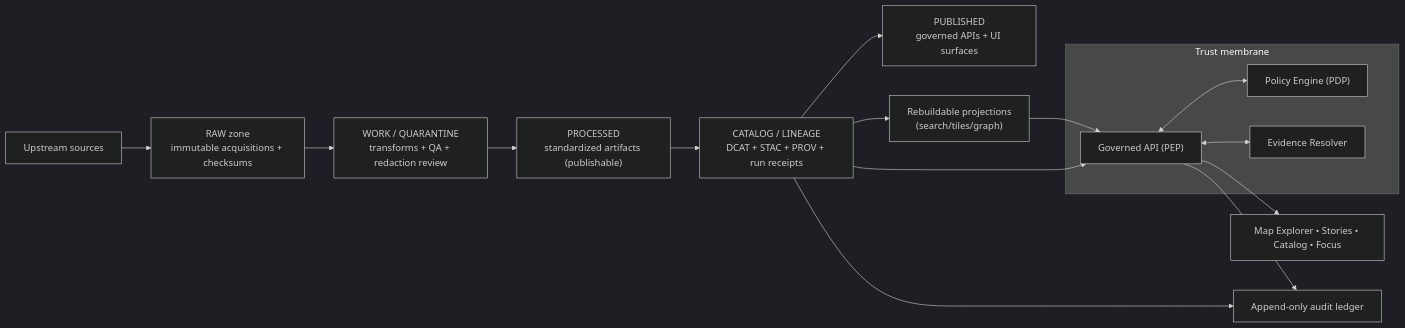
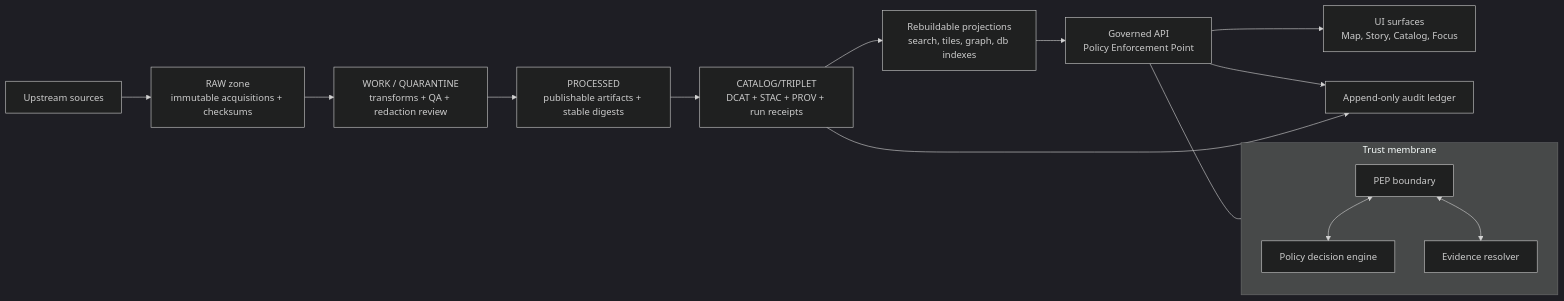
The second of 2 diagrams in docs/README.md (bartytime4life/Kansas-Frontier-Matrix), drawn with Mermaid (dark theme) before and after one commit. The commit also changed other lines of this file, not shown here.

````diff
--- a/docs/README.md
+++ b/docs/README.md
@@ -517,24 +411,22 @@
 ```mermaid
 flowchart LR
-  S["Upstream sources"] --> R["RAW zone<br/>immutable acquisitions + checksums"]
-  R --> W["WORK / QUARANTINE<br/>transforms + QA + redaction review"]
-  W --> P["PROCESSED<br/>standardized artifacts (publishable)"]
-  P --> C["CATALOG / LINEAGE<br/>DCAT + STAC + PROV + run receipts"]
-  C --> PUB["PUBLISHED<br/>governed APIs + UI surfaces"]
-
-  C --> IDX["Rebuildable projections<br/>(search/tiles/graph)"]
+  S["Upstream sources"] --> RAW["RAW zone<br/>immutable acquisitions + checksums"]
+  RAW --> WQ["WORK / QUARANTINE<br/>transforms + QA + redaction review"]
+  WQ --> P["PROCESSED<br/>publishable artifacts + stable digests"]
+  P --> CT["CATALOG/TRIPLET<br/>DCAT + STAC + PROV + run receipts"]
+  CT --> PRJ["Rebuildable projections<br/>search, tiles, graph, db indexes"]
+  PRJ --> API["Governed API<br/>Policy Enforcement Point"]
+  API --> UI["UI surfaces<br/>Map, Story, Catalog, Focus"]
+  API --> AUD["Append-only audit ledger"]
+  CT --> AUD
 
   subgraph TM["Trust membrane"]
-    API["Governed API (PEP)"]
-    POL["Policy Engine (PDP)"]
-    ER["Evidence Resolver"]
-    API <--> POL
-    API <--> ER
+    PEP["PEP boundary"]
+    PDP["Policy decision engine"]
+    ER["Evidence resolver"]
+    PEP <--> PDP
+    PEP <--> ER
   end
 
-  IDX --> API
-  C --> API
-  API --> UI["Map Explorer • Stories • Catalog • Focus"]
-  API --> AUD["Append-only audit ledger"]
-  C --> AUD
+  API --- TM
 ```
````
